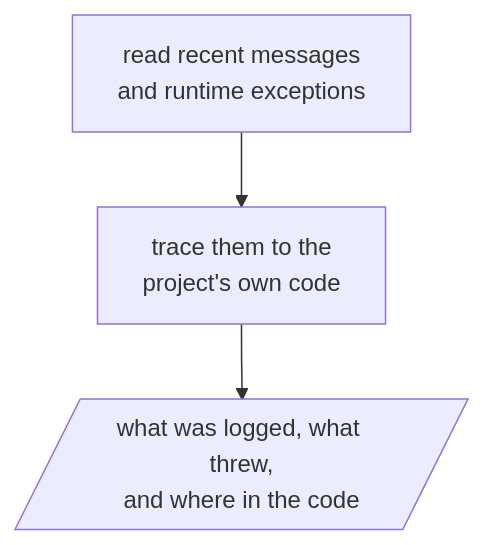
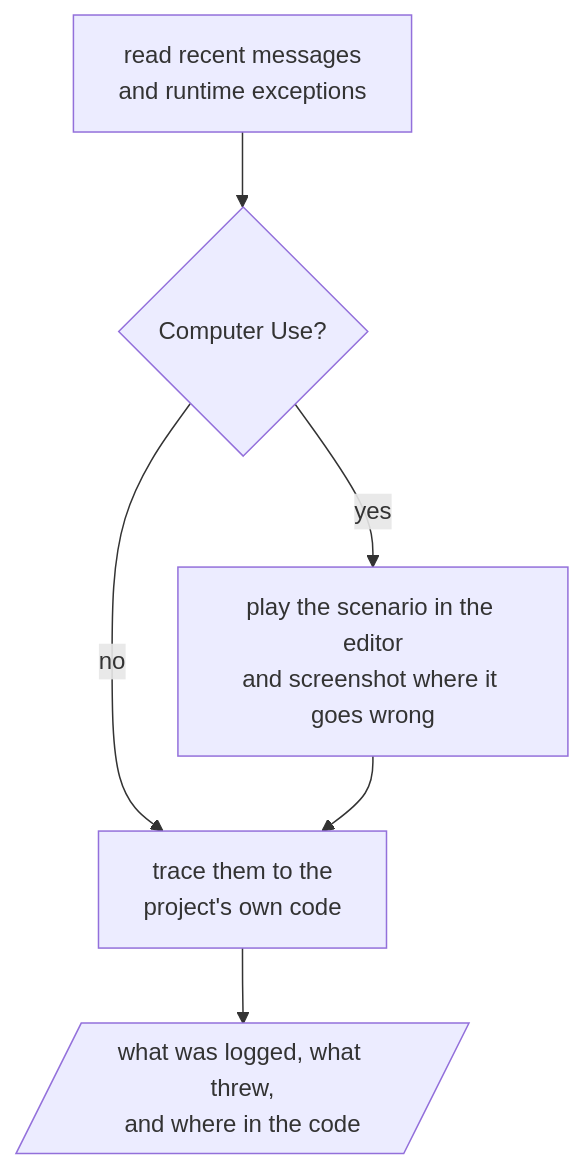
The diagram in domains/game/skills/logs/README.md (omni-stove/skill-kit), drawn with Mermaid before and after one commit. The commit also changed 23 other files, not shown here.

````diff
--- a/domains/game/skills/logs/README.md
+++ b/domains/game/skills/logs/README.md
@@ -3,6 +3,9 @@
 ```mermaid
 flowchart TD
   read[read recent messages<br/>and runtime exceptions]
-  read --> trace[trace them to the<br/>project's own code]
+  read --> cu{Computer Use?}
+  cu -- "yes" --> repro[play the scenario in the editor<br/>and screenshot where it goes wrong]
+  cu -- "no" --> trace
+  repro --> trace[trace them to the<br/>project's own code]
   trace --> report[/"what was logged, what threw,<br/>and where in the code"/]
 ```
````
